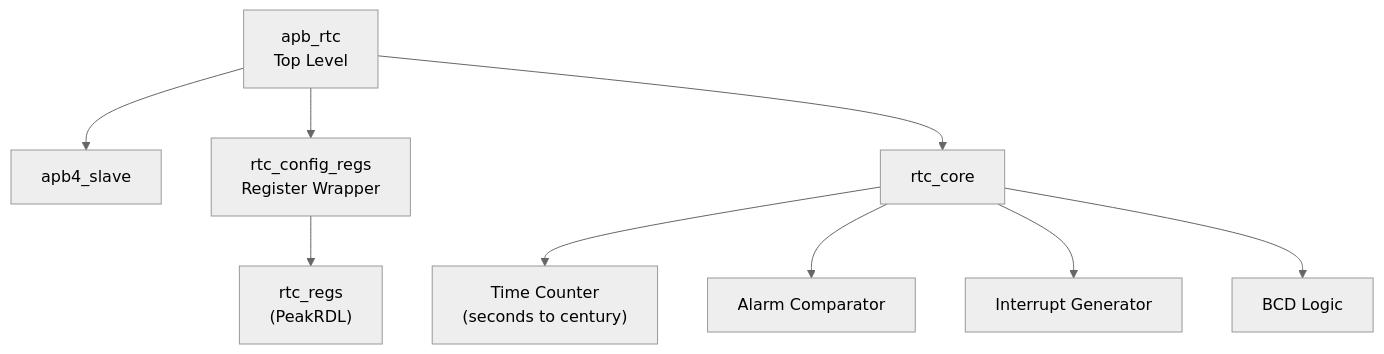
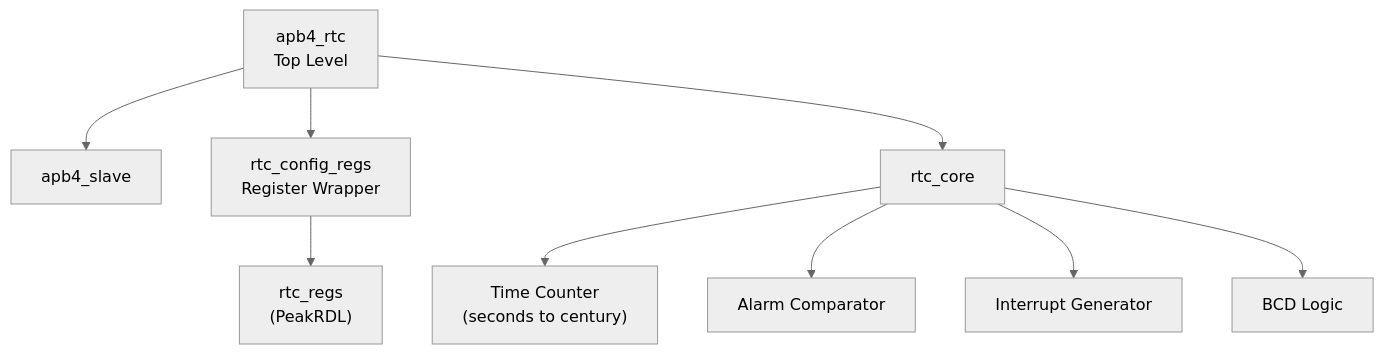
The diagram in projects/components/retro_legacy_blocks/docs/rtc_mas/assets/mermaid/rtc_module_hierarchy.mmd (sean-galloway/RTLDesignSherpa), drawn with Mermaid before and after one commit. The commit also changed 751 other files, not shown here.

```diff
--- a/projects/components/retro_legacy_blocks/docs/rtc_mas/assets/mermaid/rtc_module_hierarchy.mmd
+++ b/projects/components/retro_legacy_blocks/docs/rtc_mas/assets/mermaid/rtc_module_hierarchy.mmd
@@ -1,13 +1,13 @@
 %%{init: {'theme': 'neutral'}}%%
 flowchart TB
-    TOP[apb_rtc<br/>Top Level]
+    TOP[apb4_rtc<br/>Top Level]
     TOP --> APB[apb4_slave]
 
     TOP --> CFG[rtc_config_regs<br/>Register Wrapper]
     CFG --> REGS["rtc_regs<br/>(PeakRDL)"]
 
     TOP --> CORE[rtc_core]
     CORE --> TIME["Time Counter<br/>(seconds to century)"]
     CORE --> ALARM["Alarm Comparator"]
     CORE --> INT_GEN["Interrupt Generator"]
     CORE --> BCD["BCD Logic"]
```
